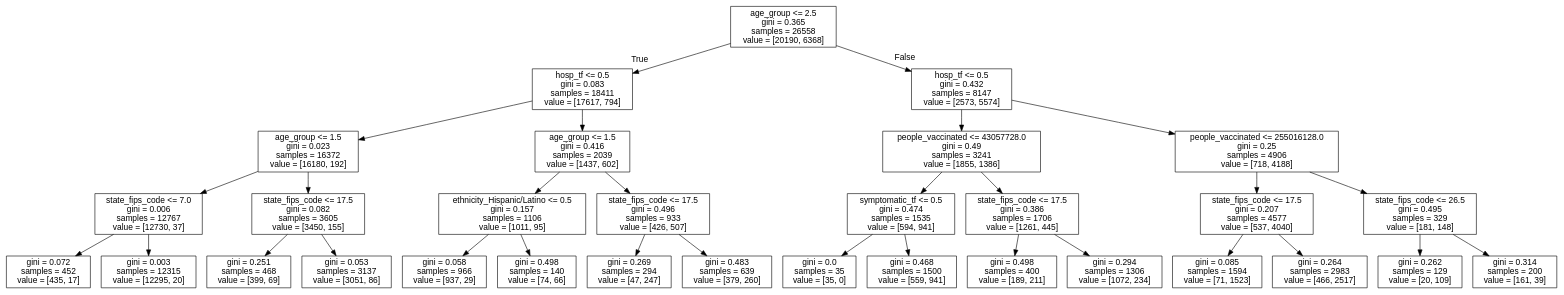
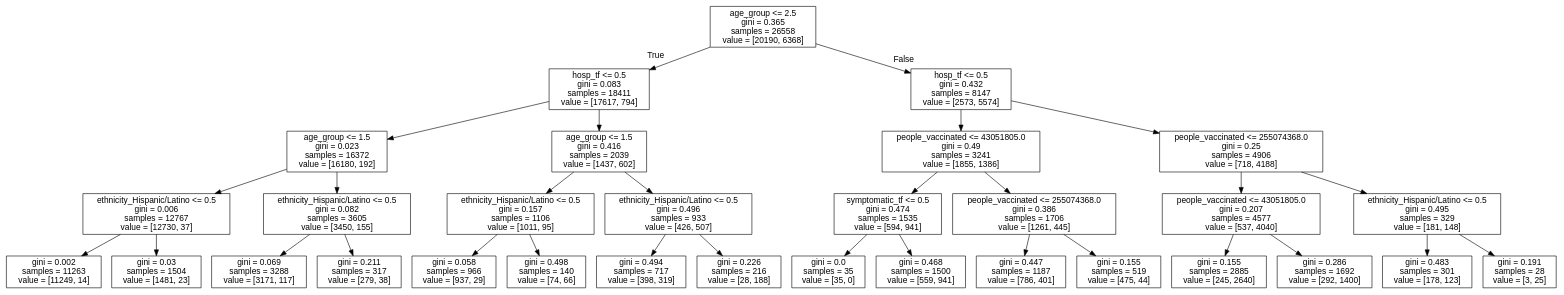
Before and after one commit to tlopesx/Assignment-2: the diagram in 22202398_Submission/DecisionTree4.dot, drawn with Graphviz. The commit also changed 9 other files, not shown here.

```diff
--- a/22202398_Submission/DecisionTree4.dot
+++ b/22202398_Submission/DecisionTree4.dot
@@ -1,65 +1,65 @@
 digraph Tree {
 node [shape=box, fontname="helvetica"] ;
 edge [fontname="helvetica"] ;
 0 [label="age_group <= 2.5\ngini = 0.365\nsamples = 26558\nvalue = [20190, 6368]"] ;
 1 [label="hosp_tf <= 0.5\ngini = 0.083\nsamples = 18411\nvalue = [17617, 794]"] ;
 0 -> 1 [labeldistance=2.5, labelangle=45, headlabel="True"] ;
 2 [label="age_group <= 1.5\ngini = 0.023\nsamples = 16372\nvalue = [16180, 192]"] ;
 1 -> 2 ;
-3 [label="state_fips_code <= 7.0\ngini = 0.006\nsamples = 12767\nvalue = [12730, 37]"] ;
+3 [label="ethnicity_Hispanic/Latino <= 0.5\ngini = 0.006\nsamples = 12767\nvalue = [12730, 37]"] ;
 2 -> 3 ;
-4 [label="gini = 0.072\nsamples = 452\nvalue = [435, 17]"] ;
+4 [label="gini = 0.002\nsamples = 11263\nvalue = [11249, 14]"] ;
 3 -> 4 ;
-5 [label="gini = 0.003\nsamples = 12315\nvalue = [12295, 20]"] ;
+5 [label="gini = 0.03\nsamples = 1504\nvalue = [1481, 23]"] ;
 3 -> 5 ;
-6 [label="state_fips_code <= 17.5\ngini = 0.082\nsamples = 3605\nvalue = [3450, 155]"] ;
+6 [label="ethnicity_Hispanic/Latino <= 0.5\ngini = 0.082\nsamples = 3605\nvalue = [3450, 155]"] ;
 2 -> 6 ;
-7 [label="gini = 0.251\nsamples = 468\nvalue = [399, 69]"] ;
+7 [label="gini = 0.069\nsamples = 3288\nvalue = [3171, 117]"] ;
 6 -> 7 ;
-8 [label="gini = 0.053\nsamples = 3137\nvalue = [3051, 86]"] ;
+8 [label="gini = 0.211\nsamples = 317\nvalue = [279, 38]"] ;
 6 -> 8 ;
 9 [label="age_group <= 1.5\ngini = 0.416\nsamples = 2039\nvalue = [1437, 602]"] ;
 1 -> 9 ;
 10 [label="ethnicity_Hispanic/Latino <= 0.5\ngini = 0.157\nsamples = 1106\nvalue = [1011, 95]"] ;
 9 -> 10 ;
 11 [label="gini = 0.058\nsamples = 966\nvalue = [937, 29]"] ;
 10 -> 11 ;
 12 [label="gini = 0.498\nsamples = 140\nvalue = [74, 66]"] ;
 10 -> 12 ;
-13 [label="state_fips_code <= 17.5\ngini = 0.496\nsamples = 933\nvalue = [426, 507]"] ;
+13 [label="ethnicity_Hispanic/Latino <= 0.5\ngini = 0.496\nsamples = 933\nvalue = [426, 507]"] ;
 9 -> 13 ;
-14 [label="gini = 0.269\nsamples = 294\nvalue = [47, 247]"] ;
+14 [label="gini = 0.494\nsamples = 717\nvalue = [398, 319]"] ;
 13 -> 14 ;
-15 [label="gini = 0.483\nsamples = 639\nvalue = [379, 260]"] ;
+15 [label="gini = 0.226\nsamples = 216\nvalue = [28, 188]"] ;
 13 -> 15 ;
 16 [label="hosp_tf <= 0.5\ngini = 0.432\nsamples = 8147\nvalue = [2573, 5574]"] ;
 0 -> 16 [labeldistance=2.5, labelangle=-45, headlabel="False"] ;
-17 [label="people_vaccinated <= 43057728.0\ngini = 0.49\nsamples = 3241\nvalue = [1855, 1386]"] ;
+17 [label="people_vaccinated <= 43051805.0\ngini = 0.49\nsamples = 3241\nvalue = [1855, 1386]"] ;
 16 -> 17 ;
 18 [label="symptomatic_tf <= 0.5\ngini = 0.474\nsamples = 1535\nvalue = [594, 941]"] ;
 17 -> 18 ;
 19 [label="gini = 0.0\nsamples = 35\nvalue = [35, 0]"] ;
 18 -> 19 ;
 20 [label="gini = 0.468\nsamples = 1500\nvalue = [559, 941]"] ;
 18 -> 20 ;
-21 [label="state_fips_code <= 17.5\ngini = 0.386\nsamples = 1706\nvalue = [1261, 445]"] ;
+21 [label="people_vaccinated <= 255074368.0\ngini = 0.386\nsamples = 1706\nvalue = [1261, 445]"] ;
 17 -> 21 ;
-22 [label="gini = 0.498\nsamples = 400\nvalue = [189, 211]"] ;
+22 [label="gini = 0.447\nsamples = 1187\nvalue = [786, 401]"] ;
 21 -> 22 ;
-23 [label="gini = 0.294\nsamples = 1306\nvalue = [1072, 234]"] ;
+23 [label="gini = 0.155\nsamples = 519\nvalue = [475, 44]"] ;
 21 -> 23 ;
-24 [label="people_vaccinated <= 255016128.0\ngini = 0.25\nsamples = 4906\nvalue = [718, 4188]"] ;
+24 [label="people_vaccinated <= 255074368.0\ngini = 0.25\nsamples = 4906\nvalue = [718, 4188]"] ;
 16 -> 24 ;
-25 [label="state_fips_code <= 17.5\ngini = 0.207\nsamples = 4577\nvalue = [537, 4040]"] ;
+25 [label="people_vaccinated <= 43051805.0\ngini = 0.207\nsamples = 4577\nvalue = [537, 4040]"] ;
 24 -> 25 ;
-26 [label="gini = 0.085\nsamples = 1594\nvalue = [71, 1523]"] ;
+26 [label="gini = 0.155\nsamples = 2885\nvalue = [245, 2640]"] ;
 25 -> 26 ;
-27 [label="gini = 0.264\nsamples = 2983\nvalue = [466, 2517]"] ;
+27 [label="gini = 0.286\nsamples = 1692\nvalue = [292, 1400]"] ;
 25 -> 27 ;
-28 [label="state_fips_code <= 26.5\ngini = 0.495\nsamples = 329\nvalue = [181, 148]"] ;
+28 [label="ethnicity_Hispanic/Latino <= 0.5\ngini = 0.495\nsamples = 329\nvalue = [181, 148]"] ;
 24 -> 28 ;
-29 [label="gini = 0.262\nsamples = 129\nvalue = [20, 109]"] ;
+29 [label="gini = 0.483\nsamples = 301\nvalue = [178, 123]"] ;
 28 -> 29 ;
-30 [label="gini = 0.314\nsamples = 200\nvalue = [161, 39]"] ;
+30 [label="gini = 0.191\nsamples = 28\nvalue = [3, 25]"] ;
 28 -> 30 ;
 }
```
